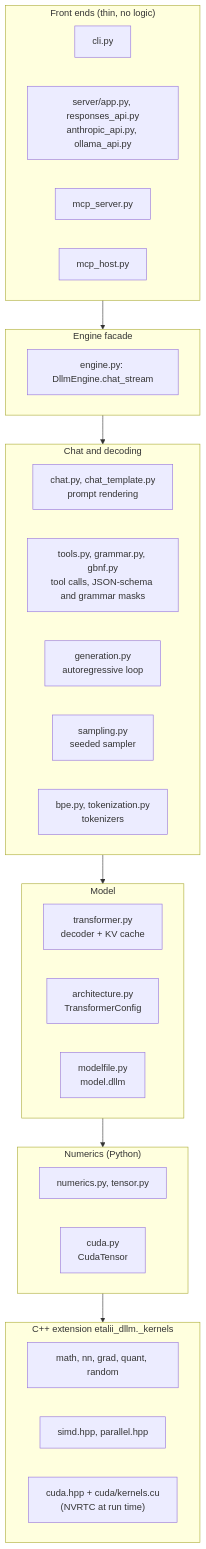
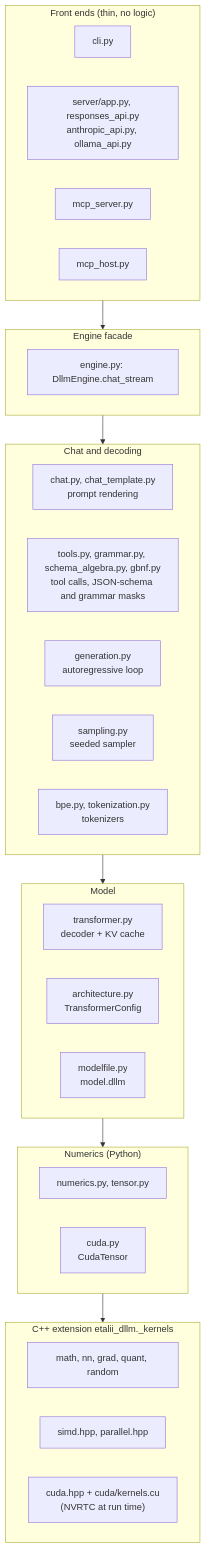
Before and after one commit to vrenken/etalii.dllm: the second of 2 diagrams in docs/architecture/README.md, drawn with Mermaid. The commit also changed other lines of this file and 14 other files, not shown here.

First line of the commit message:
Phase 35: exact schema combinators

````diff
--- a/docs/architecture/README.md
+++ b/docs/architecture/README.md
@@ -80,45 +80,45 @@
 ```mermaid
 flowchart TB
     subgraph fe["Front ends (thin, no logic)"]
         direction LR
         cli["cli.py"]
         app["server/app.py, responses_api.py<br/>anthropic_api.py, ollama_api.py"]
         mcps["mcp_server.py"]
         mcph["mcp_host.py"]
     end
 
     subgraph eng["Engine facade"]
         engine["engine.py: DllmEngine.chat_stream"]
     end
 
     subgraph chat["Chat and decoding"]
         direction LR
         tmpl["chat.py, chat_template.py<br/>prompt rendering"]
-        tools["tools.py, grammar.py, gbnf.py<br/>tool calls, JSON-schema and grammar masks"]
+        tools["tools.py, grammar.py, schema_algebra.py, gbnf.py<br/>tool calls, JSON-schema and grammar masks"]
         gen["generation.py<br/>autoregressive loop"]
         samp["sampling.py<br/>seeded sampler"]
         tok["bpe.py, tokenization.py<br/>tokenizers"]
     end
 
     subgraph model["Model"]
         direction LR
         tr["transformer.py<br/>decoder + KV cache"]
         arch["architecture.py<br/>TransformerConfig"]
         mf["modelfile.py<br/>model.dllm"]
     end
 
     subgraph num["Numerics (Python)"]
         direction LR
         numerics["numerics.py, tensor.py"]
         cuda["cuda.py<br/>CudaTensor"]
     end
 
     subgraph cpp["C++ extension etalii_dllm._kernels"]
         direction LR
         kern["math, nn, grad, quant, random"]
         disp["simd.hpp, parallel.hpp"]
         cu["cuda.hpp + cuda/kernels.cu<br/>(NVRTC at run time)"]
     end
 
     fe --> eng --> chat --> model --> num --> cpp
 ```
````
